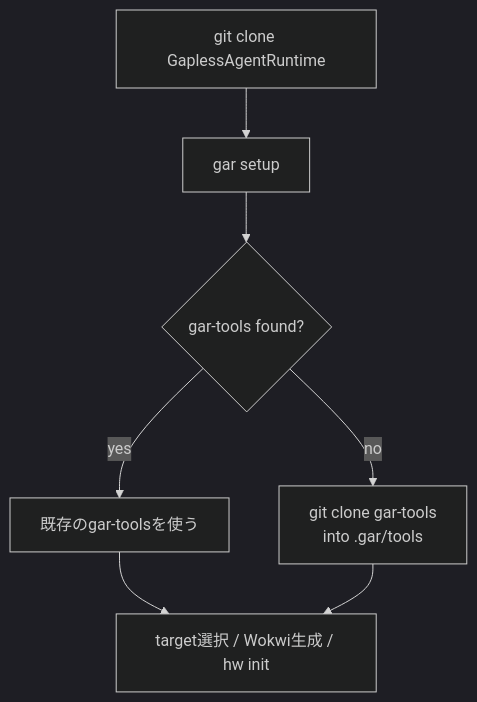
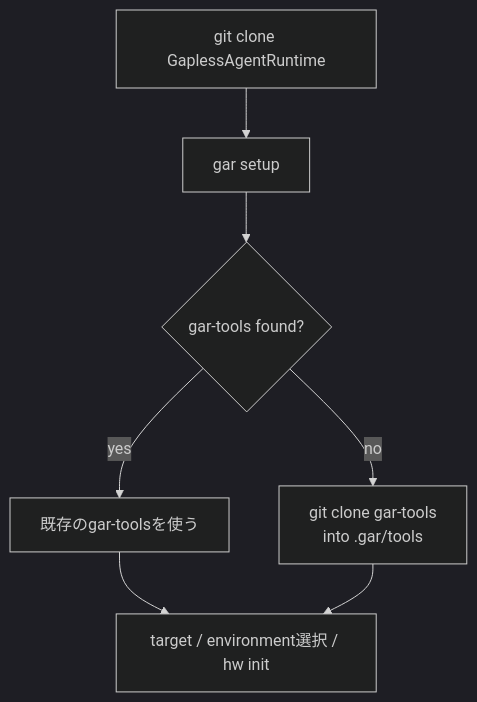
One commit to ThousandsOfTies/AgentCockpit changed the third of 6 diagrams in docs/08_REPOSITORY_LAYOUT.md. Above: the diagram before and after it, drawn with Mermaid (dark theme). The commit also changed other lines of this file and 148 other files, not shown here.

````diff
--- a/docs/08_REPOSITORY_LAYOUT.md
+++ b/docs/08_REPOSITORY_LAYOUT.md
@@ -314,13 +353,13 @@
 ```mermaid
 flowchart TB
   Clone["git clone GaplessAgentRuntime"]
   Setup["gar setup"]
   Check{"gar-tools found?"}
   UseExisting["既存のgar-toolsを使う"]
   CloneTools["git clone gar-tools\ninto .gar/tools"]
-  Run["target選択 / Wokwi生成 / hw init"]
+  Run["target / environment選択 / hw init"]
 
   Clone --> Setup --> Check
   Check -->|yes| UseExisting --> Run
   Check -->|no| CloneTools --> Run
 ```
````
